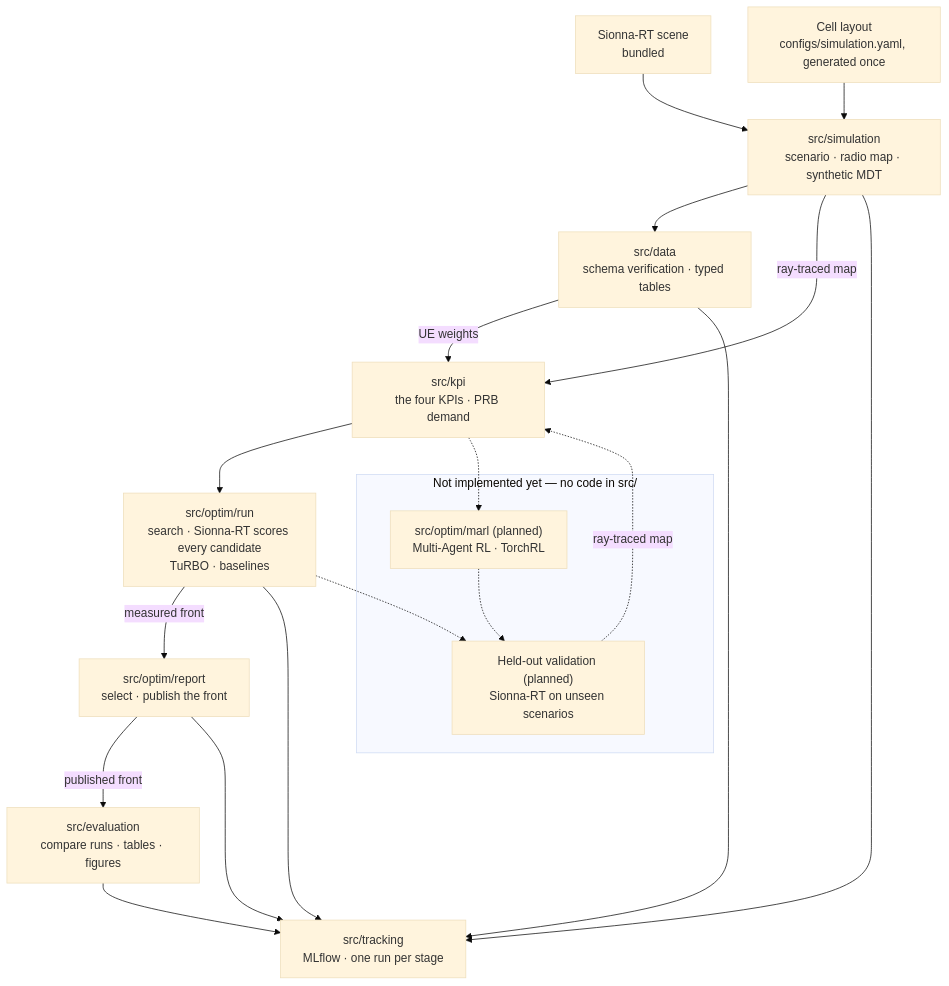
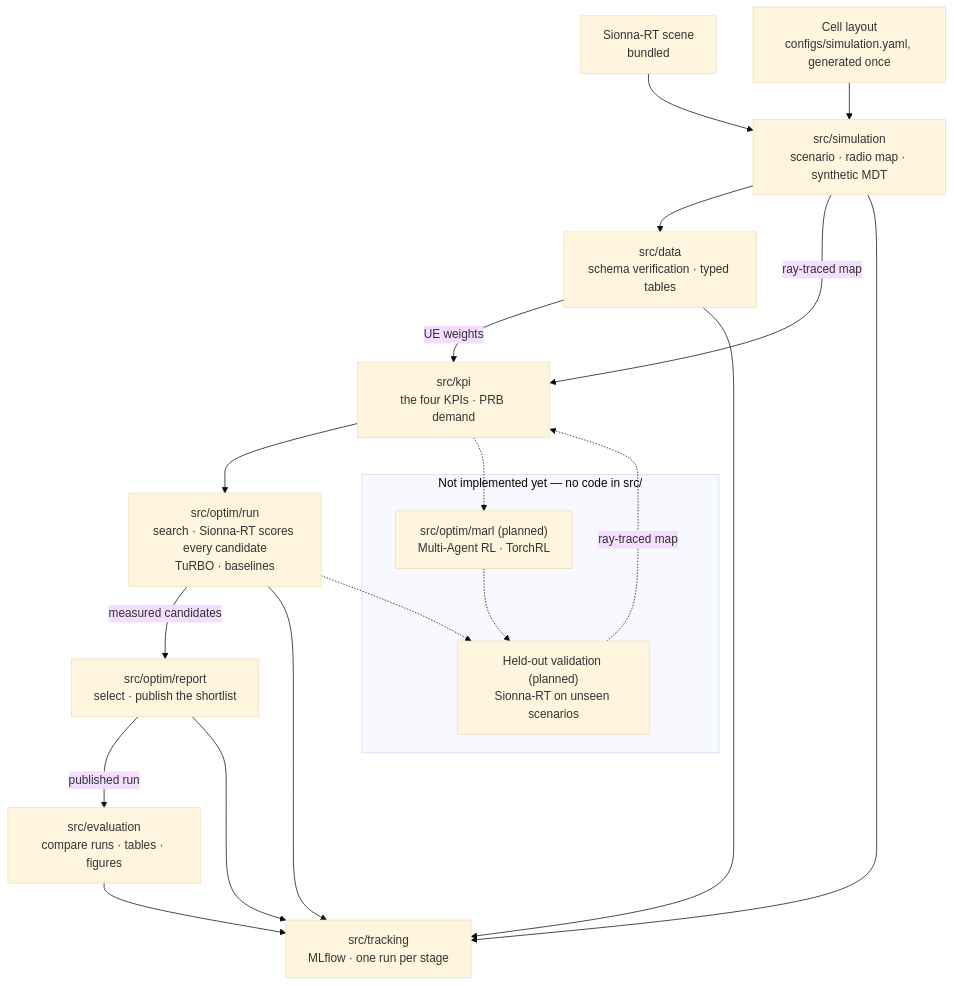
The diagram in README.md (NguyenVu04/band-tilt), drawn with Mermaid (base theme) before and after one commit. The commit also changed other lines of this file and 27 other files, not shown here.

````diff
--- a/README.md
+++ b/README.md
@@ -93,32 +93,32 @@
 ```mermaid
 flowchart TB
     scene["Sionna-RT scene<br/>bundled"]
     cells["Cell layout<br/>configs/simulation.yaml, generated once"]
 
     sim["src/simulation<br/>scenario · radio map · synthetic MDT"]
     prep["src/data<br/>schema verification · typed tables"]
     kpi["src/kpi<br/>the four KPIs · PRB demand"]
     opt["src/optim/run<br/>search · Sionna-RT scores every candidate<br/>TuRBO · baselines"]
-    ver["src/optim/report<br/>select · publish the front"]
+    ver["src/optim/report<br/>select · publish the shortlist"]
     rep["src/evaluation<br/>compare runs · tables · figures"]
     mlf["src/tracking<br/>MLflow · one run per stage"]
 
     subgraph future["Not implemented yet — no code in src/"]
         marl["src/optim/marl (planned)<br/>Multi-Agent RL · TorchRL"]
         val["Held-out validation (planned)<br/>Sionna-RT on unseen scenarios"]
     end
 
     scene --> sim
     cells --> sim
     sim --> prep
     sim -->|ray-traced map| kpi
     prep -->|UE weights| kpi
     kpi --> opt
-    opt -->|measured front| ver
-    ver -->|published front| rep
+    opt -->|measured candidates| ver
+    ver -->|published run| rep
     sim & prep & opt & ver & rep --> mlf
     kpi -.-> marl
     opt -.-> val
     marl -.-> val
     val -.->|ray-traced map| kpi
 ```
````
